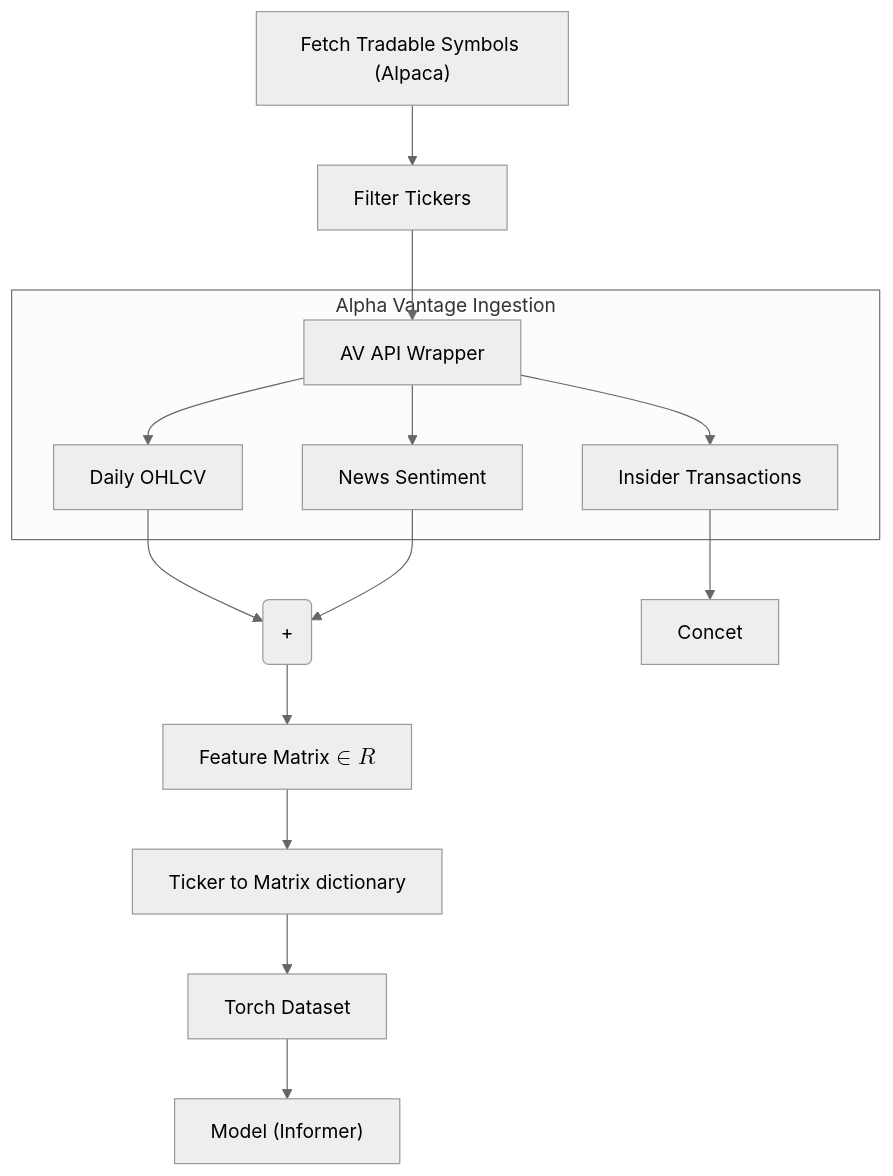
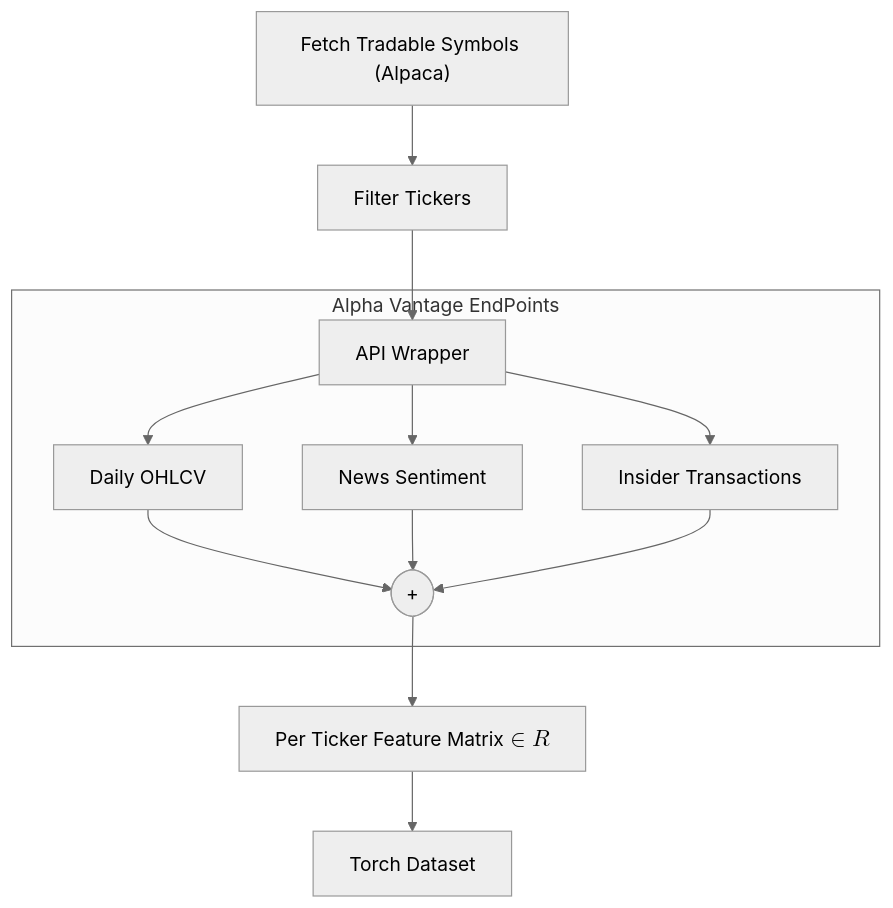
One commit to KYZZHECIK/stock_solver changed the diagram in README.md. Above: the diagram before and after it, drawn with Mermaid (neutral theme).

````diff
--- a/README.md
+++ b/README.md
@@ -32,27 +32,20 @@
 ```mermaid
 flowchart TD
     A["Fetch Tradable Symbols (Alpaca)"]:::proc --> B[Filter Tickers]
-    
-    subgraph INGEST[Alpha Vantage Ingestion]
-        AV[AV API Wrapper]:::code
+    subgraph INGEST[Alpha Vantage EndPoints]
+        AV[API Wrapper]:::code
         TS[Daily OHLCV]:::data
         NS[News Sentiment]:::data
         IT[Insider Transactions]:::data
         AV --> TS
         AV --> NS
         AV --> IT
+        TS --> Concat([+])
+        NS --> Concat
+        IT --> Concat
     end
-
     B --> AV
-    
-
-    TS --> Concat(+)
-    NS --> Concat
-    IT --> Concet
-
-    FM[Feature Matrix $$\in \reals$$]:::artifact
+    FM[Per Ticker Feature Matrix $$\in \reals$$]:::artifact
     Concat --> FM
-    FM --> DC[Ticker to Matrix dictionary]
-    DC --> DA[Torch Dataset]
-    DA --> M["Model (Informer)"]:::artifact
+    FM --> DA[Torch Dataset]
 ```
````
